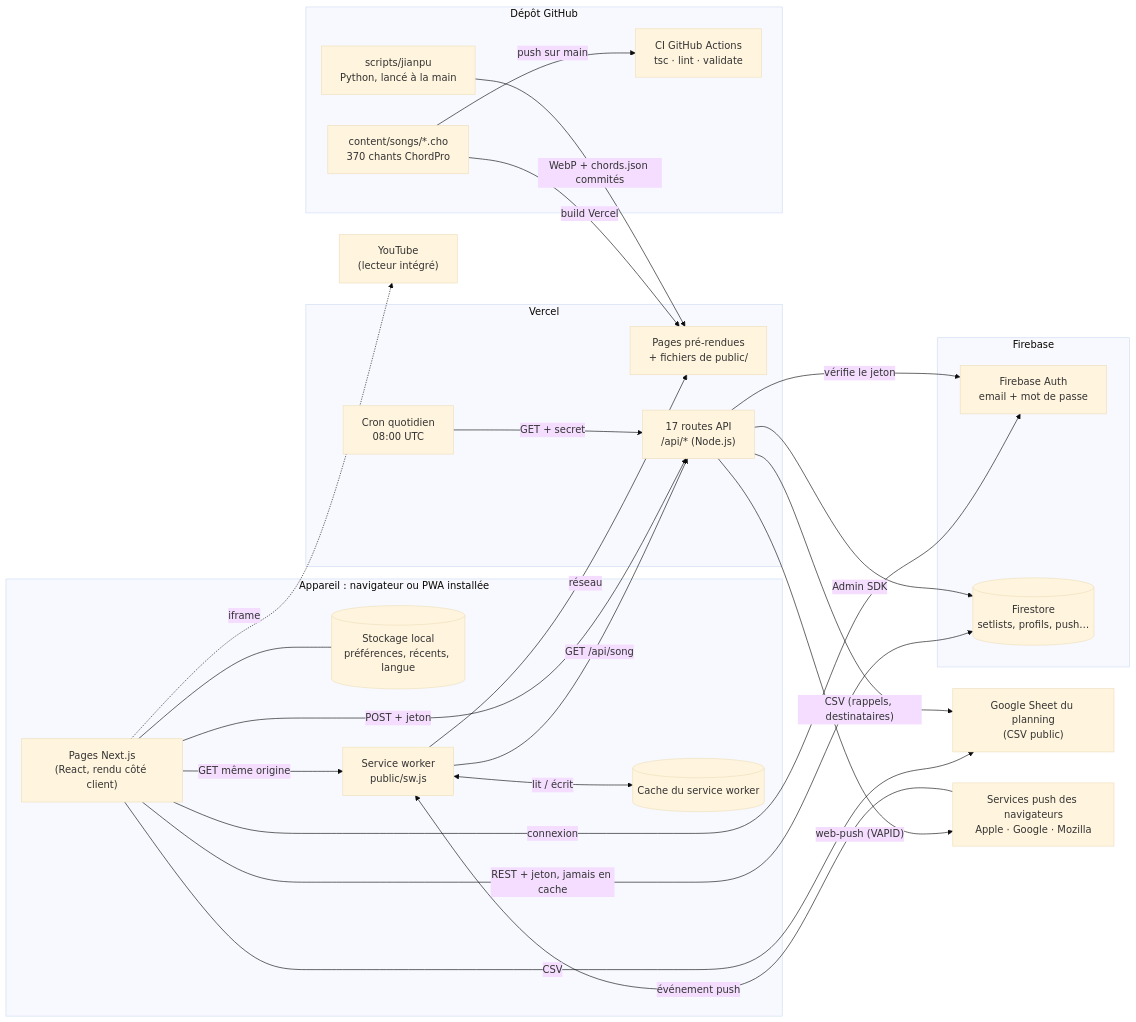
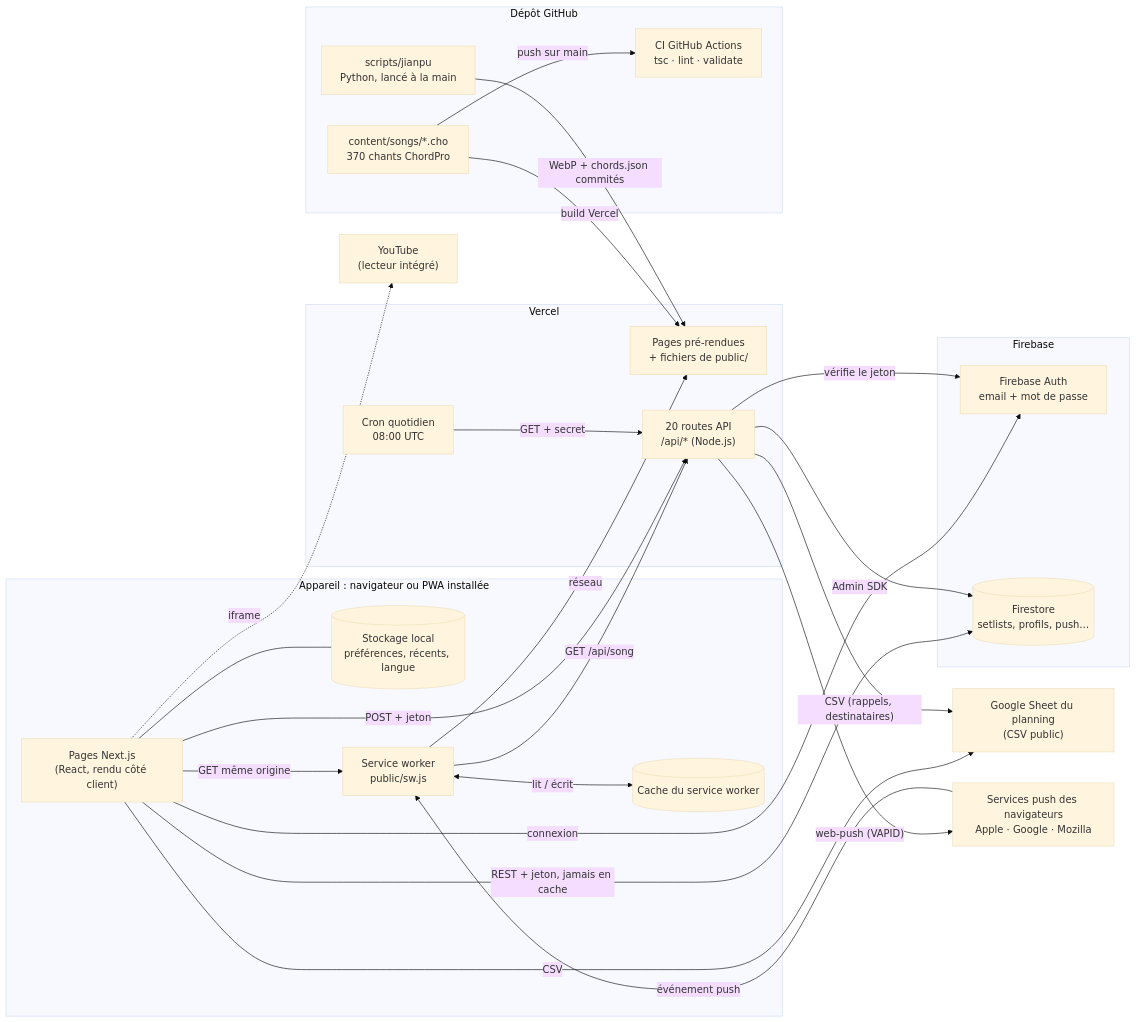
Before and after one commit to gcccfranco/GCC: the diagram in docs/diagrammes/01-architecture.mmd, drawn with Mermaid (base theme). The commit also changed 39 other files, not shown here.

First line of the commit message:
B6c (corrections de l'audit) : ARCHITECTURE.md par ses sources, ligne PWA du CLAUDE.md

```diff
--- a/docs/diagrammes/01-architecture.mmd
+++ b/docs/diagrammes/01-architecture.mmd
@@ -1,48 +1,48 @@
 flowchart LR
   subgraph APPAREIL["Appareil : navigateur ou PWA installée"]
     UI["Pages Next.js<br/>(React, rendu côté client)"]
     LS[("Stockage local<br/>préférences, récents, langue")]
     SW["Service worker<br/>public/sw.js"]
     CACHE[("Cache du service worker")]
   end
 
   subgraph VERCEL["Vercel"]
     STATIC["Pages pré-rendues<br/>+ fichiers de public/"]
-    API["17 routes API<br/>/api/* (Node.js)"]
+    API["20 routes API<br/>/api/* (Node.js)"]
     CRON["Cron quotidien<br/>08:00 UTC"]
   end
 
   subgraph FIREBASE["Firebase"]
     AUTH["Firebase Auth<br/>email + mot de passe"]
     FS[("Firestore<br/>setlists, profils, push…")]
   end
 
   SHEET["Google Sheet du planning<br/>(CSV public)"]
   PUSHSRV["Services push des navigateurs<br/>Apple · Google · Mozilla"]
   YT["YouTube<br/>(lecteur intégré)"]
 
   subgraph DEPOT["Dépôt GitHub"]
     CHO["content/songs/*.cho<br/>370 chants ChordPro"]
     JPY["scripts/jianpu<br/>Python, lancé à la main"]
     CI["CI GitHub Actions<br/>tsc · lint · validate"]
   end
 
   UI -->|"GET même origine"| SW
   SW <-->|"lit / écrit"| CACHE
   SW -->|"réseau"| STATIC
   SW -->|"GET /api/song"| API
   UI --- LS
   UI -->|"REST + jeton, jamais en cache"| FS
   UI -->|"connexion"| AUTH
   UI -->|"POST + jeton"| API
   UI -->|"CSV"| SHEET
   UI -.->|"iframe"| YT
   API -->|"Admin SDK"| FS
   API -->|"vérifie le jeton"| AUTH
   API -->|"web-push (VAPID)"| PUSHSRV
   PUSHSRV -->|"événement push"| SW
   CRON -->|"GET + secret"| API
   API -->|"CSV (rappels, destinataires)"| SHEET
   CHO -->|"build Vercel"| STATIC
   JPY -->|"WebP + chords.json commités"| STATIC
   CHO -->|"push sur main"| CI
```
